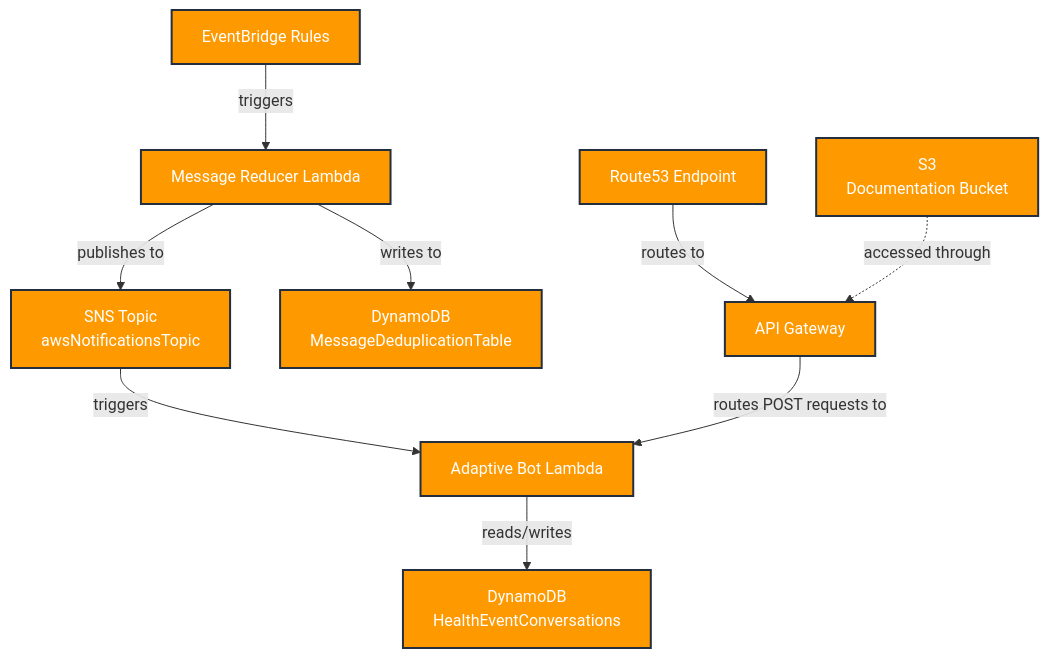
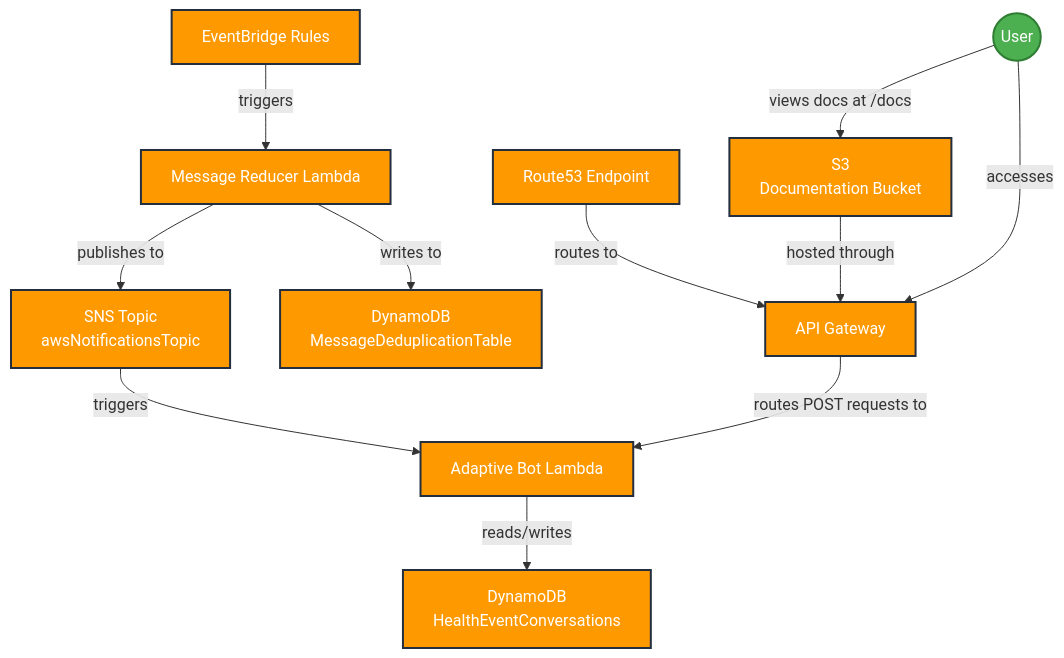
One commit to just-ak/AWSBotLambda changed the diagram in docs/infrastructure-diagram.md. Above: the diagram before and after it, drawn with Mermaid. The commit also changed other lines of this file and 14 other files, not shown here.

````diff
--- a/docs/infrastructure-diagram.md
+++ b/docs/infrastructure-diagram.md
@@ -5,30 +5,35 @@
 ```mermaid
 graph TD
     %% Define components
     EventBridge[EventBridge Rules]
     SNS[SNS Topic\nawsNotificationsTopic]
     MsgReducerLambda[Message Reducer Lambda]
     MsgTable[DynamoDB\nMessageDeduplicationTable]
     ConversationsTable[DynamoDB\nHealthEventConversations]
     BotLambda[Adaptive Bot Lambda]
     ApiGw[API Gateway]
     Route53[Route53 Endpoint]
     DocBucket[S3\nDocumentation Bucket]
+    User((User))
 
     %% Define relationships
     EventBridge -->|triggers| MsgReducerLambda
     MsgReducerLambda -->|writes to| MsgTable
     MsgReducerLambda -->|publishes to| SNS
     
     SNS -->|triggers| BotLambda
     BotLambda -->|reads/writes| ConversationsTable
     
     ApiGw -->|routes POST requests to| BotLambda
     Route53 -->|routes to| ApiGw
     
-    DocBucket -.->|accessed through| ApiGw
+    DocBucket -->|hosted through| ApiGw
+    User -->|accesses| ApiGw
+    User -->|views docs at /docs| DocBucket
     
     %% Add styling
     classDef aws fill:#FF9900,stroke:#232F3E,color:white,stroke-width:2px;
+    classDef user fill:#4CAF50,stroke:#2E7D32,color:white,stroke-width:2px;
     class EventBridge,SNS,MsgReducerLambda,MsgTable,ConversationsTable,BotLambda,ApiGw,Route53,DocBucket aws;
+    class User user;
 ```
````
